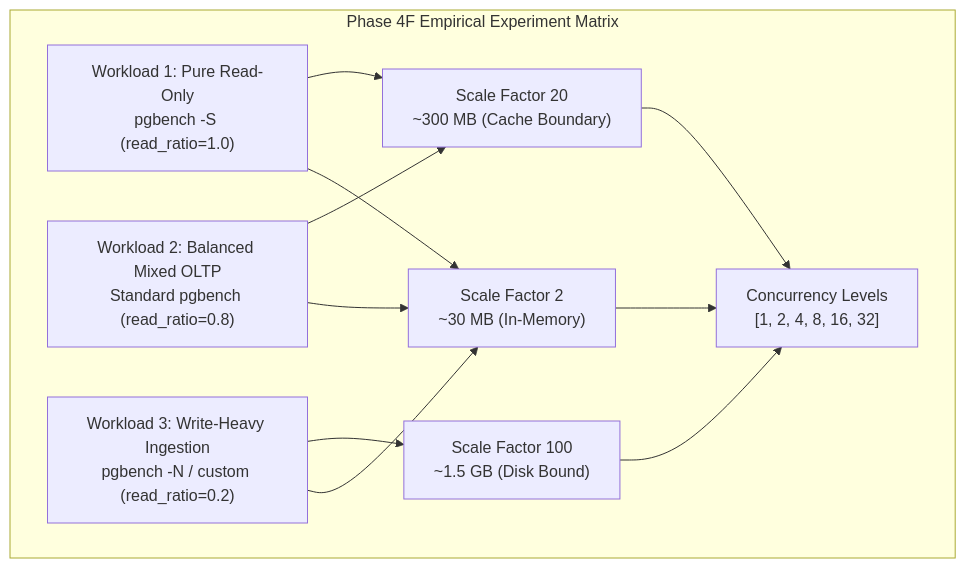
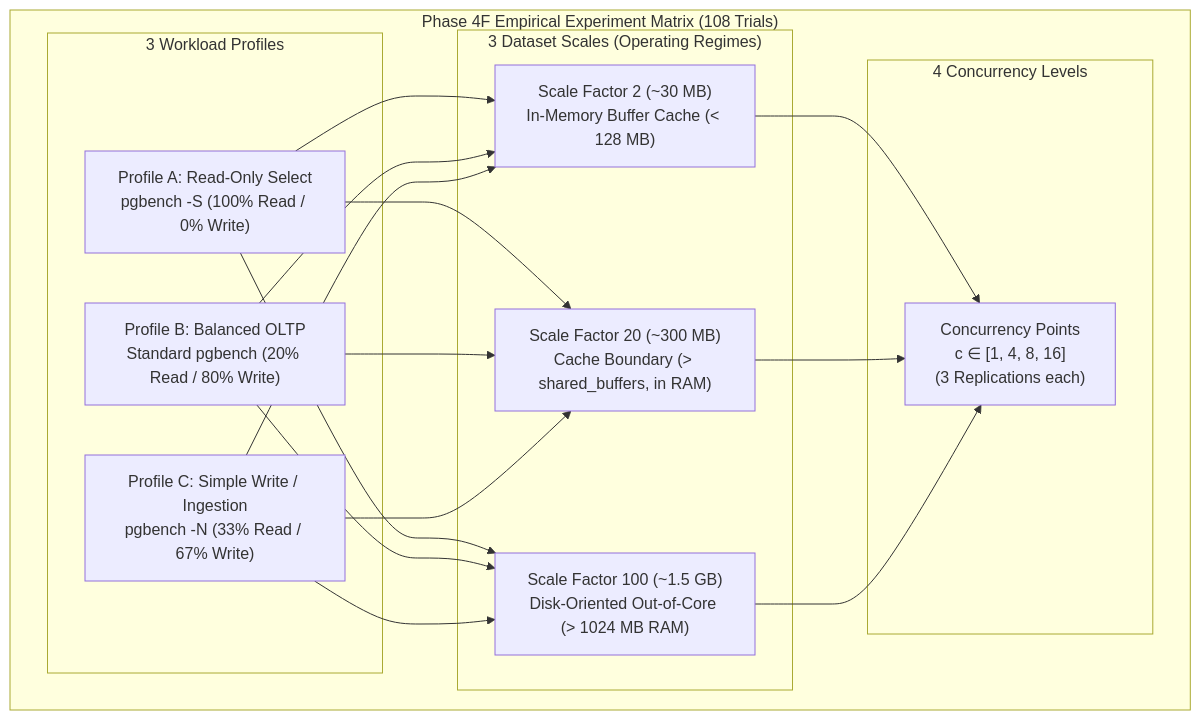
Before and after one commit to Vicky-258/ORBIT: the diagram in reports/phase_4e2_empirical_validation_audit.md, drawn with Mermaid. The commit also changed other lines of this file, not shown here.

First line of the commit message:
docs(audit): incorporate pre-phase-4f refinements into phase 4e.2 audit report

````diff
--- a/reports/phase_4e2_empirical_validation_audit.md
+++ b/reports/phase_4e2_empirical_validation_audit.md
@@ -218,23 +257,34 @@
 ```mermaid
 flowchart TD
-    subgraph Matrix["Phase 4F Empirical Experiment Matrix"]
-        W1["Workload 1: Pure Read-Only<br/>pgbench -S (read_ratio=1.0)"]
-        W2["Workload 2: Balanced Mixed OLTP<br/>Standard pgbench (read_ratio=0.8)"]
-        W3["Workload 3: Write-Heavy Ingestion<br/>pgbench -N / custom (read_ratio=0.2)"]
+    subgraph Matrix["Phase 4F Empirical Experiment Matrix (108 Trials)"]
+        subgraph Workloads["3 Workload Profiles"]
+            W1["Profile A: Read-Only Select<br/>pgbench -S (100% Read / 0% Write)"]
+            W2["Profile B: Balanced OLTP<br/>Standard pgbench (20% Read / 80% Write)"]
+            W3["Profile C: Simple Write / Ingestion<br/>pgbench -N (33% Read / 67% Write)"]
+        end
         
-        SF1["Scale Factor 2<br/>~30 MB (In-Memory)"]
-        SF2["Scale Factor 20<br/>~300 MB (Cache Boundary)"]
-        SF3["Scale Factor 100<br/>~1.5 GB (Disk Bound)"]
+        subgraph Scales["3 Dataset Scales (Operating Regimes)"]
+            SF1["Scale Factor 2 (~30 MB)<br/>In-Memory Buffer Cache (< 128 MB)"]
+            SF2["Scale Factor 20 (~300 MB)<br/>Cache Boundary (> shared_buffers, in RAM)"]
+            SF3["Scale Factor 100 (~1.5 GB)<br/>Disk-Oriented Out-of-Core (> 1024 MB RAM)"]
+        end
         
-        C["Concurrency Levels<br/>[1, 2, 4, 8, 16, 32]"]
+        subgraph Concurrencies["4 Concurrency Levels"]
+            C["Concurrency Points<br/>c ∈ [1, 4, 8, 16]<br/>(3 Replications each)"]
+        end
     end
+    
     W1 --> SF1
     W1 --> SF2
+    W1 --> SF3
     W2 --> SF1
     W2 --> SF2
+    W2 --> SF3
     W3 --> SF1
+    W3 --> SF2
     W3 --> SF3
+    
     SF1 --> C
     SF2 --> C
     SF3 --> C
 ```
````
